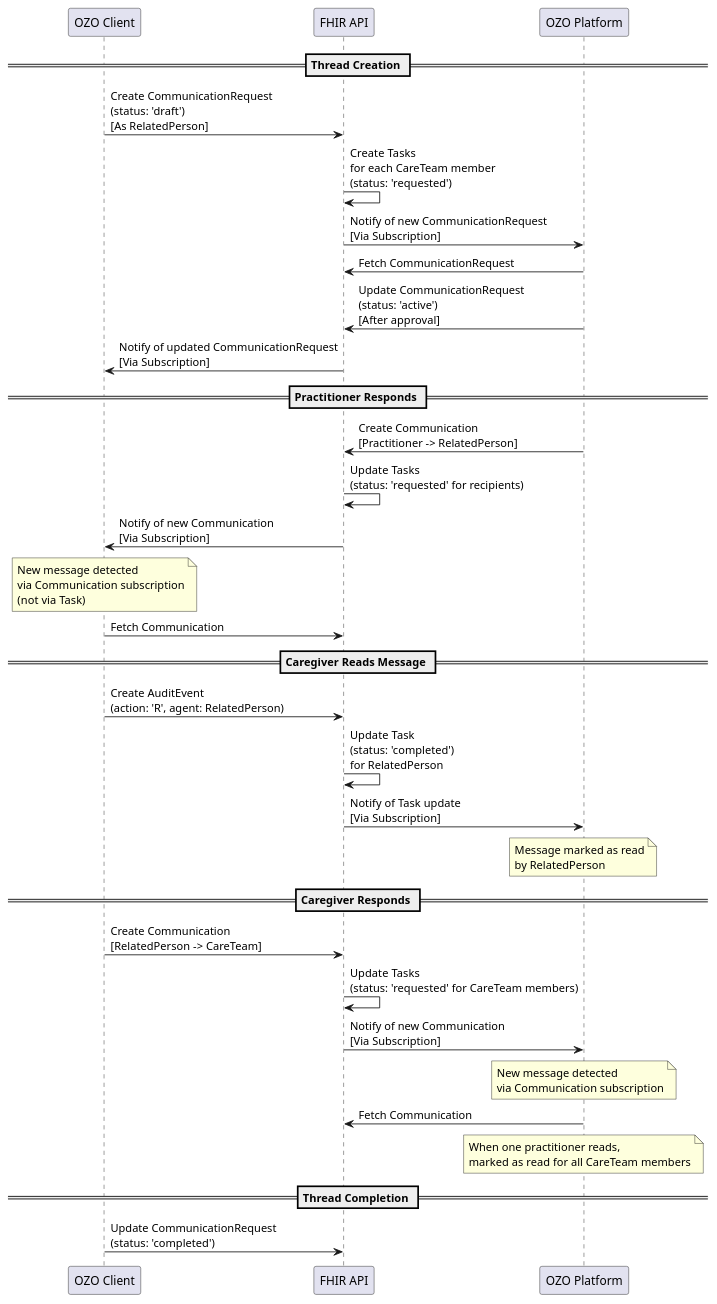
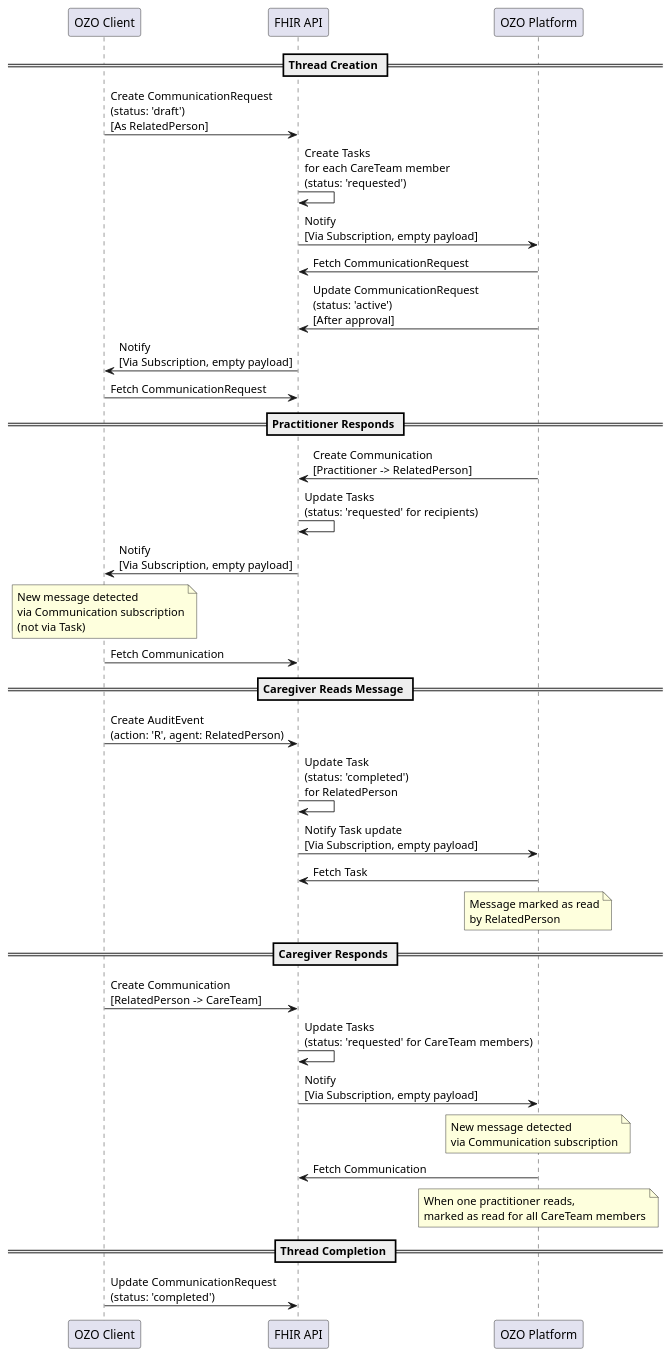
Before and after one commit to ozoverbindzorg/integrale-netwerk-communicatie: the diagram in input/images-source/fhir-messaging-interaction.plantuml, drawn with PlantUML. The commit also changed 3 other files, not shown here.

```diff
--- a/input/images-source/fhir-messaging-interaction.plantuml
+++ b/input/images-source/fhir-messaging-interaction.plantuml
@@ -1,37 +1,39 @@
 @startuml
 participant "OZO Client" as RPA
 participant "FHIR API" as FHIR
 participant "OZO Platform" as CTA
 
 == Thread Creation ==
 RPA -> FHIR : Create CommunicationRequest\n(status: 'draft')\n[As RelatedPerson]
 FHIR -> FHIR : Create Tasks\nfor each CareTeam member\n(status: 'requested')
-FHIR -> CTA : Notify of new CommunicationRequest\n[Via Subscription]
+FHIR -> CTA : Notify\n[Via Subscription, empty payload]
 CTA -> FHIR : Fetch CommunicationRequest
 CTA -> FHIR : Update CommunicationRequest\n(status: 'active')\n[After approval]
-FHIR -> RPA : Notify of updated CommunicationRequest\n[Via Subscription]
+FHIR -> RPA : Notify\n[Via Subscription, empty payload]
+RPA -> FHIR : Fetch CommunicationRequest
 
 == Practitioner Responds ==
 CTA -> FHIR : Create Communication\n[Practitioner -> RelatedPerson]
 FHIR -> FHIR : Update Tasks\n(status: 'requested' for recipients)
-FHIR -> RPA : Notify of new Communication\n[Via Subscription]
+FHIR -> RPA : Notify\n[Via Subscription, empty payload]
 note over RPA : New message detected\nvia Communication subscription\n(not via Task)
 RPA -> FHIR : Fetch Communication
 
 == Caregiver Reads Message ==
 RPA -> FHIR : Create AuditEvent\n(action: 'R', agent: RelatedPerson)
 FHIR -> FHIR : Update Task\n(status: 'completed')\nfor RelatedPerson
-FHIR -> CTA : Notify of Task update\n[Via Subscription]
+FHIR -> CTA : Notify Task update\n[Via Subscription, empty payload]
+CTA -> FHIR : Fetch Task
 note over CTA : Message marked as read\nby RelatedPerson
 
 == Caregiver Responds ==
 RPA -> FHIR : Create Communication\n[RelatedPerson -> CareTeam]
 FHIR -> FHIR : Update Tasks\n(status: 'requested' for CareTeam members)
-FHIR -> CTA : Notify of new Communication\n[Via Subscription]
+FHIR -> CTA : Notify\n[Via Subscription, empty payload]
 note over CTA : New message detected\nvia Communication subscription
 CTA -> FHIR : Fetch Communication
 note over CTA : When one practitioner reads,\nmarked as read for all CareTeam members
 
 == Thread Completion ==
 RPA -> FHIR : Update CommunicationRequest\n(status: 'completed')
 @enduml
```
